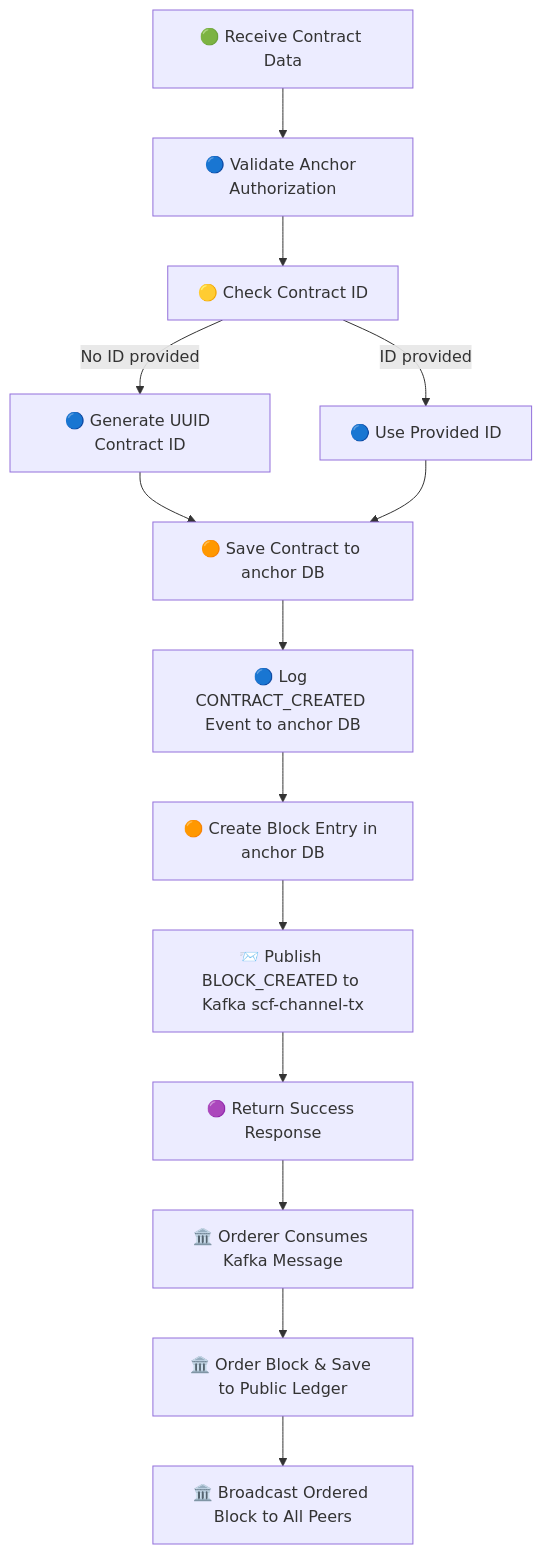
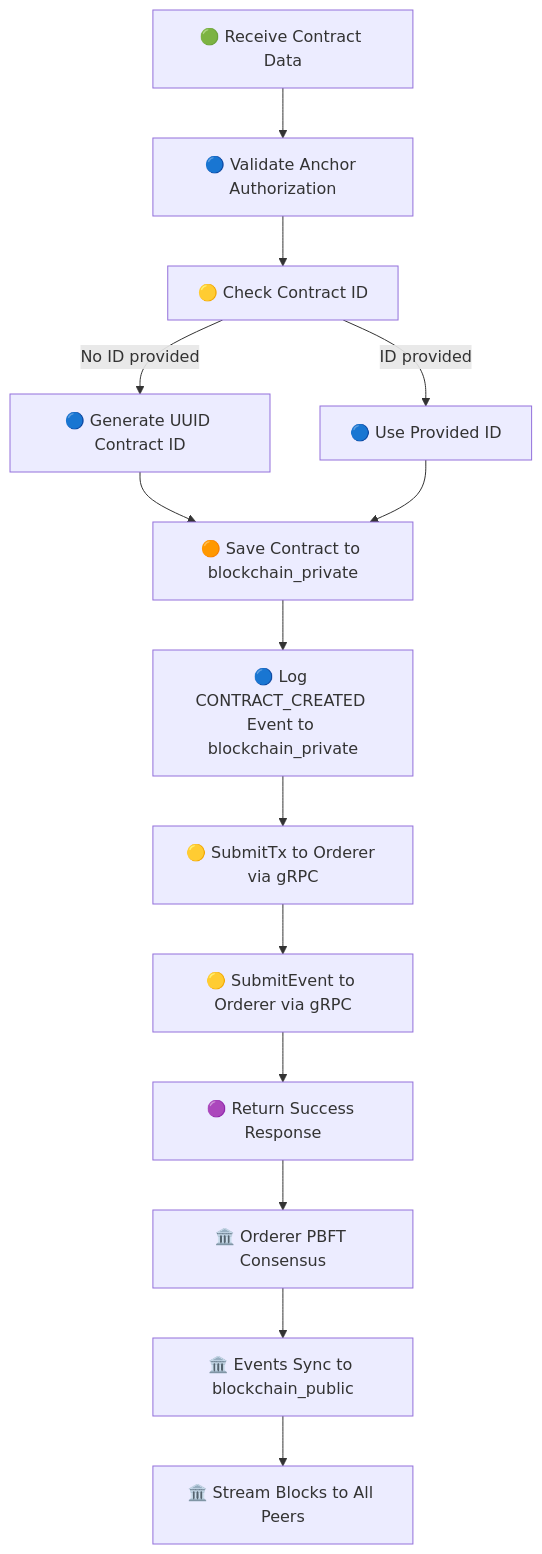
One commit to trunghc97/blockchain changed the first of 19 diagrams in API_Flow_Diagrams.md. Above: the diagram before and after it, drawn with Mermaid. The commit also changed other lines of this file and 26 other files, not shown here.

````diff
--- a/API_Flow_Diagrams.md
+++ b/API_Flow_Diagrams.md
@@ -33,17 +34,17 @@
 ```mermaid
 flowchart TD
     A[🟢 Receive Contract Data] --> B[🔵 Validate Anchor Authorization]
     B --> C[🟡 Check Contract ID]
     C -->|No ID provided| D[🔵 Generate UUID Contract ID]
     C -->|ID provided| E[🔵 Use Provided ID]
-    D --> F[🟠 Save Contract to anchor DB]
+    D --> F[🟠 Save Contract to blockchain_private]
     E --> F
-    F --> G[🔵 Log CONTRACT_CREATED Event to anchor DB]
-    G --> H[🟠 Create Block Entry in anchor DB]
-    H --> I[📨 Publish BLOCK_CREATED to Kafka scf-channel-tx]
+    F --> G[🔵 Log CONTRACT_CREATED Event to blockchain_private]
+    G --> H[🟡 SubmitTx to Orderer via gRPC]
+    H --> I[🟡 SubmitEvent to Orderer via gRPC]
     I --> J[🟣 Return Success Response]
 
-    J --> K[🏛️ Orderer Consumes Kafka Message]
-    K --> L[🏛️ Order Block & Save to Public Ledger]
-    L --> M[🏛️ Broadcast Ordered Block to All Peers]
+    J --> K[🏛️ Orderer PBFT Consensus]
+    K --> L[🏛️ Events Sync to blockchain_public]
+    L --> M[🏛️ Stream Blocks to All Peers]
 ```
````
